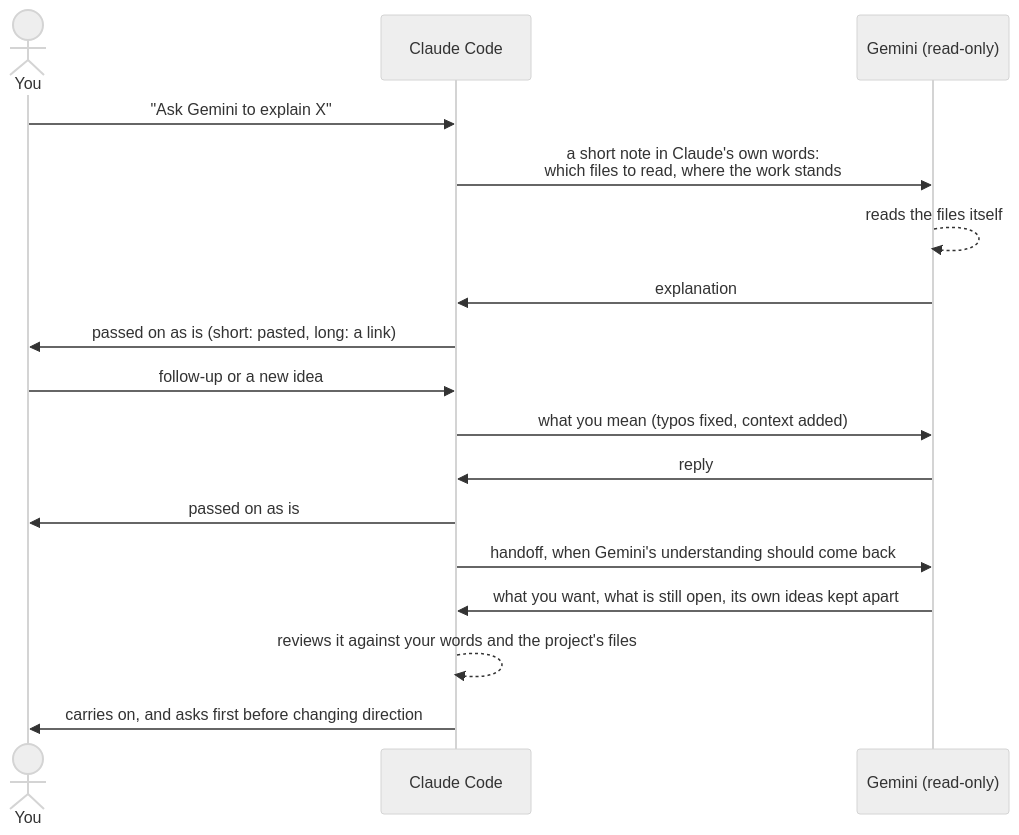
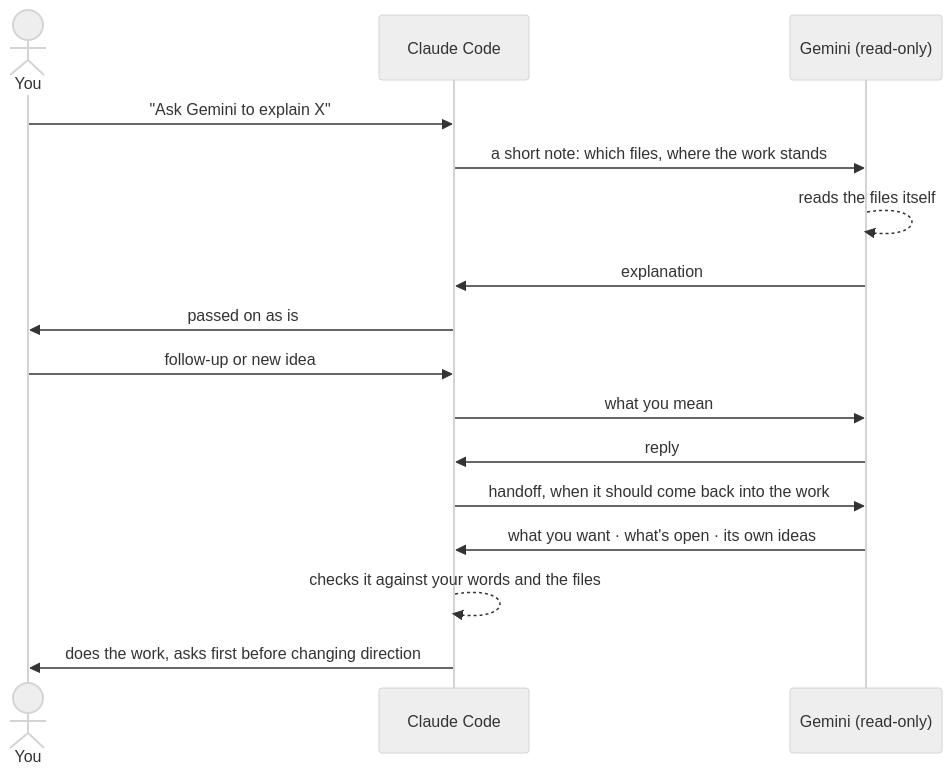
Before and after one commit to pursurer/claude-x-gemini: the diagram in README.md, drawn with Mermaid (neutral theme). The commit also changed other lines of this file and 18 other files, not shown here.

First line of the commit message:
feat: rename to claude-x-gemini; hero image, attention-first README, second-opinion tool

````diff
--- a/README.md
+++ b/README.md
@@ -66,19 +55,18 @@
 ```mermaid
 sequenceDiagram
     actor You
     participant C as Claude Code
     participant G as Gemini (read-only)
     You->>C: "Ask Gemini to explain X"
-    C->>G: a short note in Claude's own words:<br/>which files to read, where the work stands
+    C->>G: a short note: which files, where the work stands
     G-->>G: reads the files itself
     G->>C: explanation
-    C->>You: passed on as is (short: pasted, long: a link)
-    You->>C: follow-up or a new idea
-    C->>G: what you mean (typos fixed, context added)
+    C->>You: passed on as is
+    You->>C: follow-up or new idea
+    C->>G: what you mean
     G->>C: reply
-    C->>You: passed on as is
-    C->>G: handoff, when Gemini's understanding should come back
-    G->>C: what you want, what is still open, its own ideas kept apart
-    C-->>C: reviews it against your words and the project's files
-    C->>You: carries on, and asks first before changing direction
+    C->>G: handoff, when it should come back into the work
+    G->>C: what you want · what's open · its own ideas
+    C-->>C: checks it against your words and the files
+    C->>You: does the work, asks first before changing direction
 ```
````
